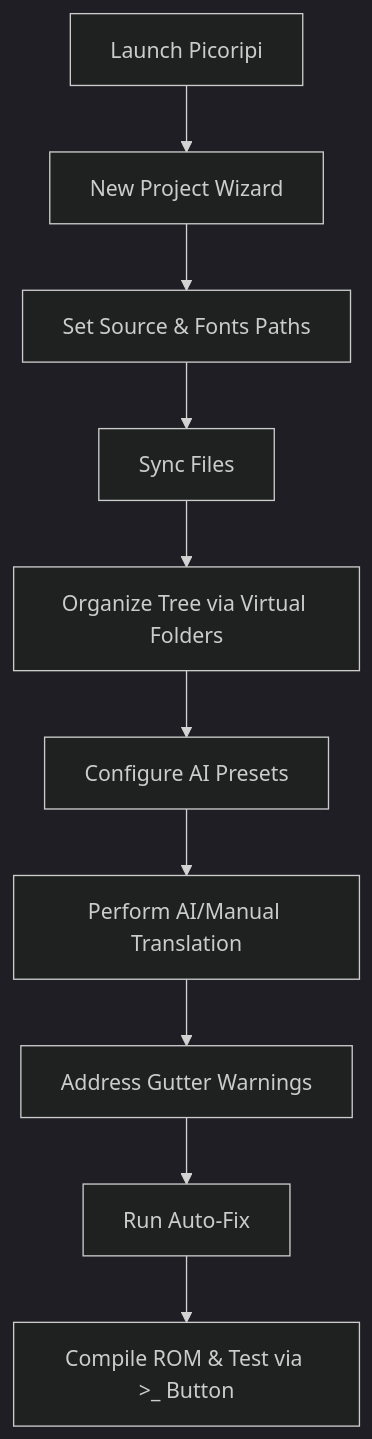
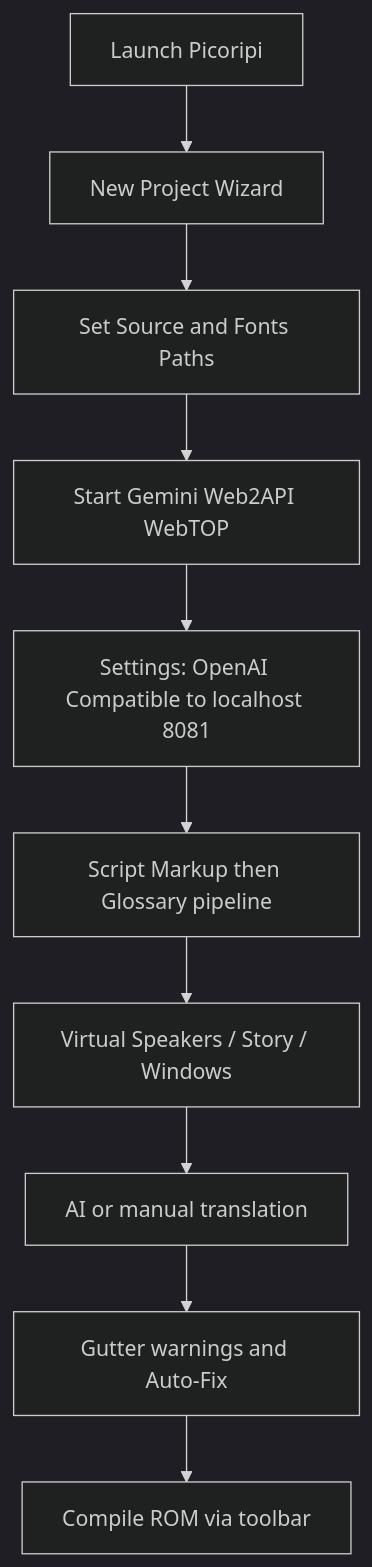
The diagram in docs/wiki/1_User_Guide_and_Workflow_Pipeline.md (rashevskyv/Picoripi), drawn with Mermaid (dark theme) before and after one commit. The commit also changed other lines of this file and 12 other files, not shown here.

First line of the commit message:
docs: wiki handbook, Gemini Web2API setup, update-wiki skill

````diff
--- a/docs/wiki/1_User_Guide_and_Workflow_Pipeline.md
+++ b/docs/wiki/1_User_Guide_and_Workflow_Pipeline.md
@@ -107,12 +107,12 @@
 ```mermaid
 graph TD
     A[Launch Picoripi] --> B[New Project Wizard]
-    B --> C[Set Source & Fonts Paths]
-    C --> D[Sync Files]
-    D --> E[Organize Tree via Virtual Folders]
-    E --> F[Configure AI Presets]
-    F --> G[Perform AI/Manual Translation]
-    G --> H[Address Gutter Warnings]
-    H --> I[Run Auto-Fix]
-    I --> J[Compile ROM & Test via >_ Button]
+    B --> C[Set Source and Fonts Paths]
+    C --> D[Start Gemini Web2API WebTOP]
+    D --> E[Settings: OpenAI Compatible to localhost 8081]
+    E --> F[Script Markup then Glossary pipeline]
+    F --> G[Virtual Speakers / Story / Windows]
+    G --> H[AI or manual translation]
+    H --> I[Gutter warnings and Auto-Fix]
+    I --> J[Compile ROM via toolbar]
 ```
````
